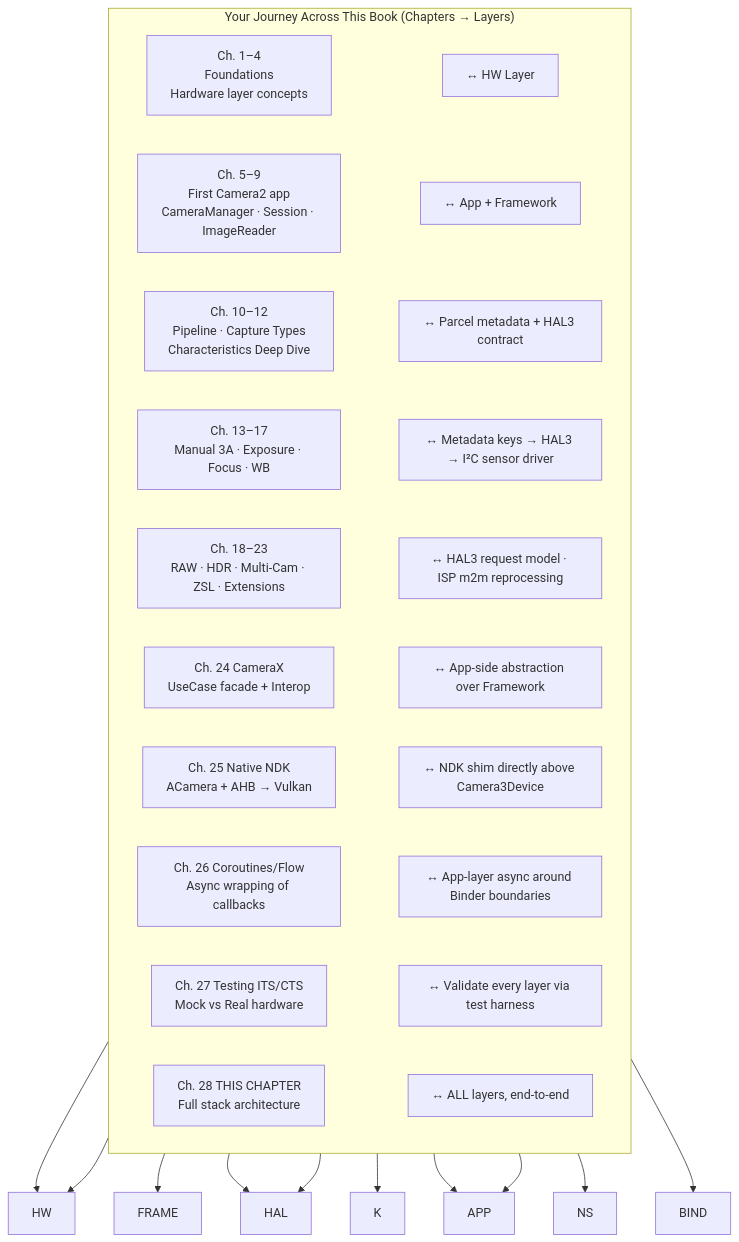
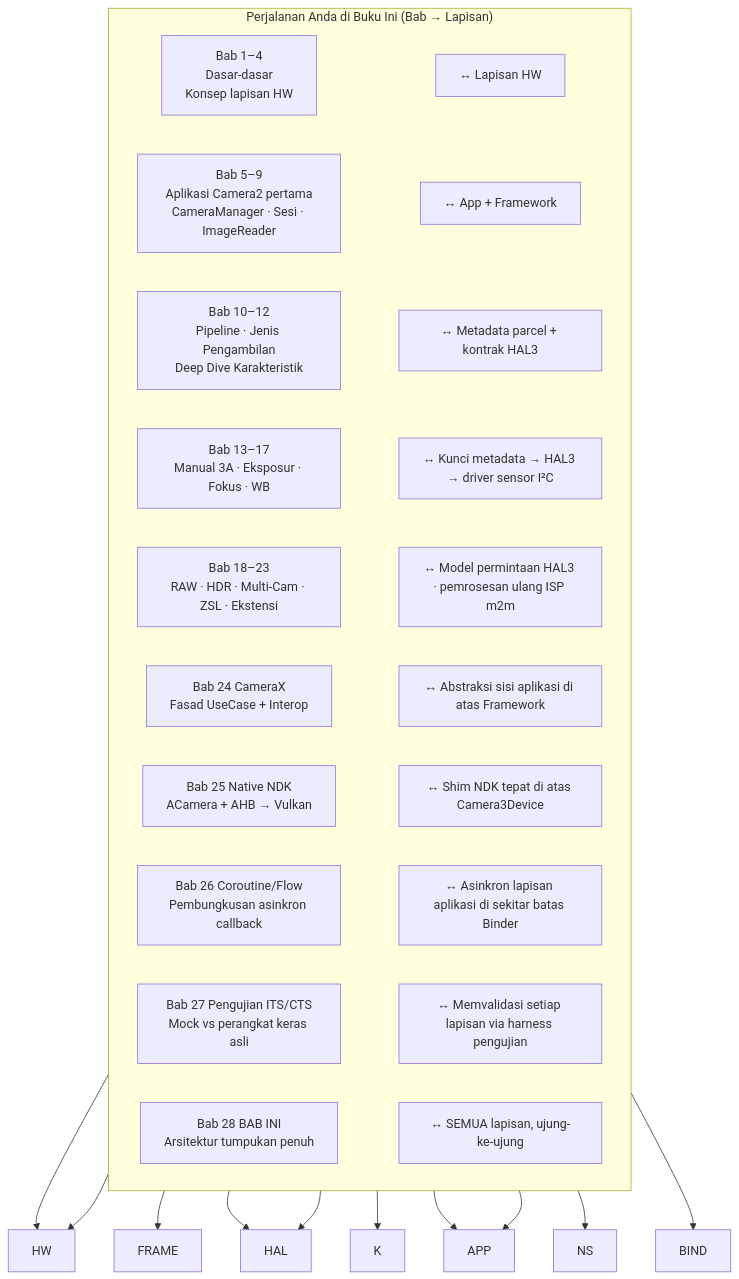
The fourth of 4 diagrams in website/i18n/id/docusaurus-plugin-content-docs/current/camera2/camera2-architecture.md (zoozooll/AndroidCameraParameters), drawn with Mermaid before and after one commit. The commit also changed other lines of this file and 378 other files, not shown here.

Commit message:
Update Android Camera Parameters repository links across localized Camera2 documentation

````diff
--- a/website/i18n/id/docusaurus-plugin-content-docs/current/camera2/camera2-architecture.md
+++ b/website/i18n/id/docusaurus-plugin-content-docs/current/camera2/camera2-architecture.md
@@ -276,26 +276,26 @@
 ```mermaid
 flowchart TB
-    subgraph Journey["Your Journey Across This Book (Chapters → Layers)"]
+    subgraph Journey["Perjalanan Anda di Buku Ini (Bab → Lapisan)"]
         direction LR
-        C1["Ch. 1–4<br/>Foundations<br/>Hardware layer concepts"] ~~~ H_L1["↔ HW Layer"]
-        C2["Ch. 5–9<br/>First Camera2 app<br/>CameraManager · Session · ImageReader"] ~~~ H_L2["↔ App + Framework"]
-        C3["Ch. 10–12<br/>Pipeline · Capture Types<br/>Characteristics Deep Dive"] ~~~ H_L3["↔ Parcel metadata + HAL3 contract"]
-        C4["Ch. 13–17<br/>Manual 3A · Exposure · Focus · WB"] ~~~ H_L4["↔ Metadata keys → HAL3 → I²C sensor driver"]
-        C5["Ch. 18–23<br/>RAW · HDR · Multi-Cam · ZSL · Extensions"] ~~~ H_L5["↔ HAL3 request model · ISP m2m reprocessing"]
-        C6["Ch. 24 CameraX<br/>UseCase facade + Interop"] ~~~ H_L6["↔ App-side abstraction over Framework"]
-        C7["Ch. 25 Native NDK<br/>ACamera + AHB → Vulkan"] ~~~ H_L7["↔ NDK shim directly above Camera3Device"]
-        C8["Ch. 26 Coroutines/Flow<br/>Async wrapping of callbacks"] ~~~ H_L8["↔ App-layer async around Binder boundaries"]
-        C9["Ch. 27 Testing ITS/CTS<br/>Mock vs Real hardware"] ~~~ H_L9["↔ Validate every layer via test harness"]
-        C10["Ch. 28 THIS CHAPTER<br/>Full stack architecture"] ~~~ H_L10["↔ ALL layers, end-to-end"]
+        C1["Bab 1–4<br/>Dasar-dasar<br/>Konsep lapisan HW"] ~~~ H_L1["↔ Lapisan HW"]
+        C2["Bab 5–9<br/>Aplikasi Camera2 pertama<br/>CameraManager · Sesi · ImageReader"] ~~~ H_L2["↔ App + Framework"]
+        C3["Bab 10–12<br/>Pipeline · Jenis Pengambilan<br/>Deep Dive Karakteristik"] ~~~ H_L3["↔ Metadata parcel + kontrak HAL3"]
+        C4["Bab 13–17<br/>Manual 3A · Eksposur · Fokus · WB"] ~~~ H_L4["↔ Kunci metadata → HAL3 → driver sensor I²C"]
+        C5["Bab 18–23<br/>RAW · HDR · Multi-Cam · ZSL · Ekstensi"] ~~~ H_L5["↔ Model permintaan HAL3 · pemrosesan ulang ISP m2m"]
+        C6["Bab 24 CameraX<br/>Fasad UseCase + Interop"] ~~~ H_L6["↔ Abstraksi sisi aplikasi di atas Framework"]
+        C7["Bab 25 Native NDK<br/>ACamera + AHB → Vulkan"] ~~~ H_L7["↔ Shim NDK tepat di atas Camera3Device"]
+        C8["Bab 26 Coroutine/Flow<br/>Pembungkusan asinkron callback"] ~~~ H_L8["↔ Asinkron lapisan aplikasi di sekitar batas Binder"]
+        C9["Bab 27 Pengujian ITS/CTS<br/>Mock vs perangkat keras asli"] ~~~ H_L9["↔ Memvalidasi setiap lapisan via harness pengujian"]
+        C10["Bab 28 BAB INI<br/>Arsitektur tumpukan penuh"] ~~~ H_L10["↔ SEMUA lapisan, ujung-ke-ujung"]
     end
     H_L1 --> HW
     H_L2 --> FRAME
     H_L3 --> HAL
     H_L4 --> K
     H_L5 --> HAL
     H_L6 --> APP
     H_L7 --> NS
     H_L8 --> APP
     H_L9 --> BIND
     H_L10 --> HW
 ```
````
